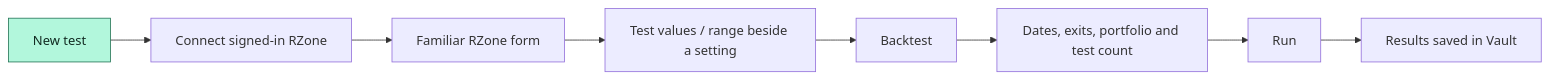
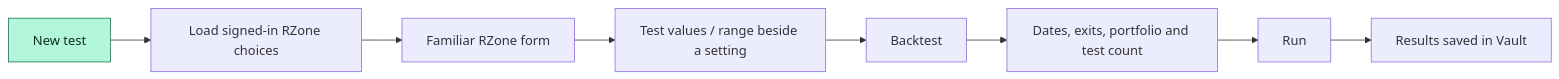
One commit to mamamiya7/backtest-vault changed the first of 12 diagrams in README.md. Above: the diagram before and after it, drawn with Mermaid. The commit also changed other lines of this file and 17 other files, not shown here.

Commit message:
Load RZone dropdown choices automatically with searchable groups

````diff
--- a/README.md
+++ b/README.md
@@ -22,11 +22,11 @@
 ```mermaid
 flowchart LR
-    A["New test"] --> B["Connect signed-in RZone"]
+    A["New test"] --> B["Load signed-in RZone choices"]
     B --> C["Familiar RZone form"]
     C --> D["Test values / range beside a setting"]
     D --> E["Backtest"]
     E --> F["Dates, exits, portfolio and test count"]
     F --> G["Run"]
     G --> H["Results saved in Vault"]
     style A fill:#b2f7dc,stroke:#247456,color:#122b22
 ```
````
